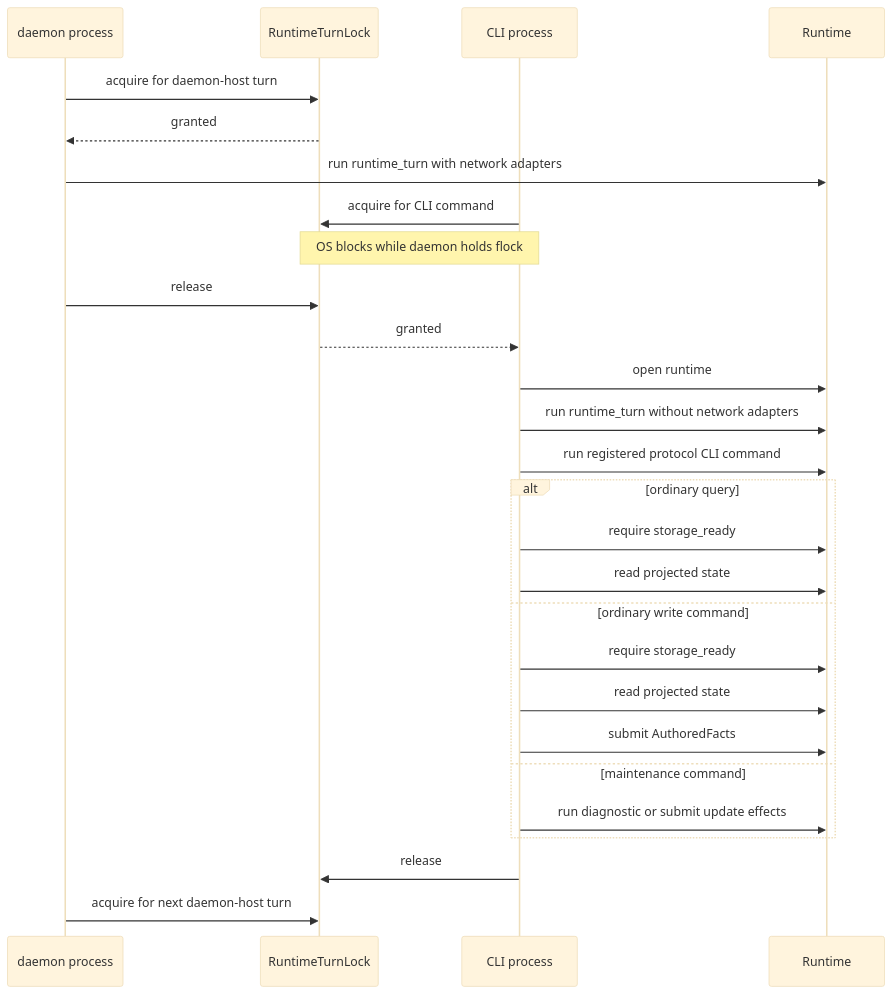
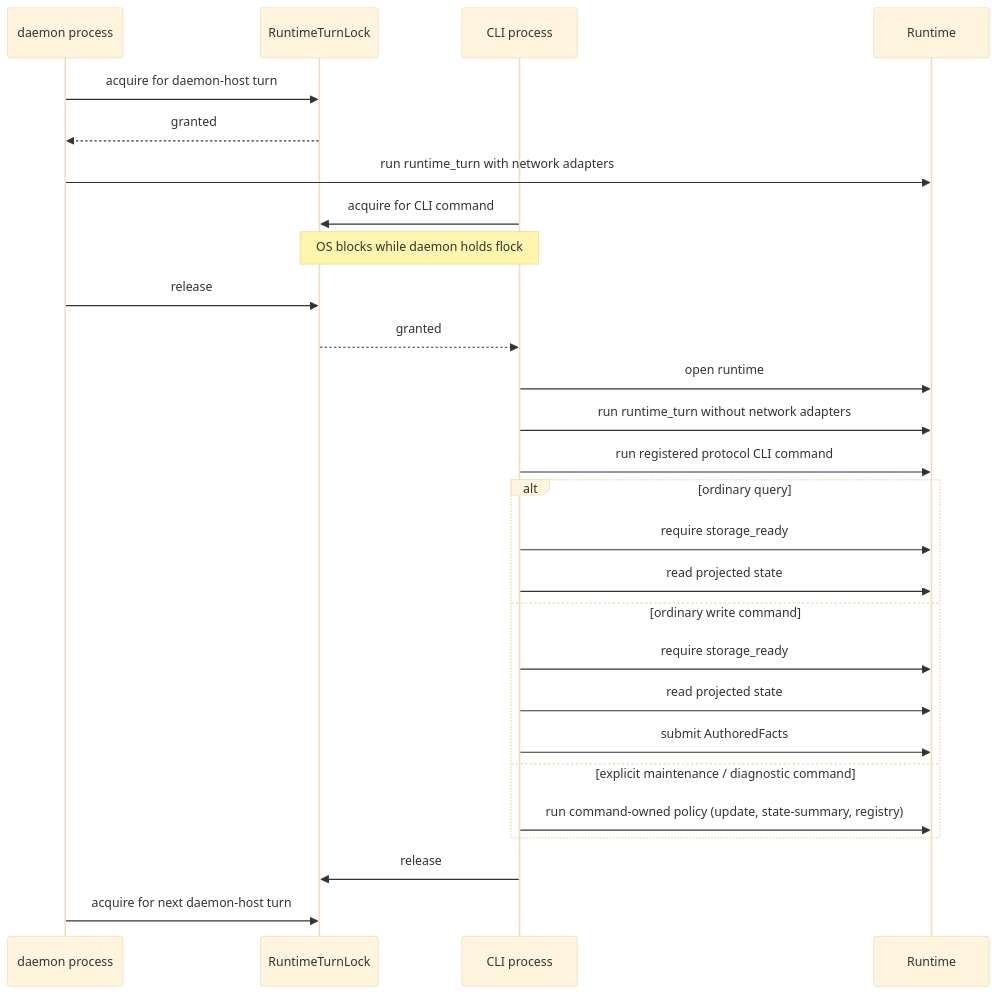
One commit to holmesworcester/poc-10 changed the fifth of 10 diagrams in ARCHITECTURE_DIAGRAMS.md. Above: the diagram before and after it, drawn with Mermaid (base theme). The commit also changed other lines of this file, not shown here.

Commit message:
Clarify serialized runtime turn diagram

````diff
--- a/ARCHITECTURE_DIAGRAMS.md
+++ b/ARCHITECTURE_DIAGRAMS.md
@@ -289,30 +294,30 @@
 ```mermaid
 sequenceDiagram
     participant D as daemon process
     participant L as RuntimeTurnLock
     participant C as CLI process
     participant R as Runtime
 
     D->>L: acquire for daemon-host turn
     L-->>D: granted
     D->>R: run runtime_turn with network adapters
     C->>L: acquire for CLI command
     Note over C,L: OS blocks while daemon holds flock
     D->>L: release
     L-->>C: granted
     C->>R: open runtime
     C->>R: run runtime_turn without network adapters
     C->>R: run registered protocol CLI command
     alt ordinary query
         C->>R: require storage_ready
         C->>R: read projected state
     else ordinary write command
         C->>R: require storage_ready
         C->>R: read projected state
         C->>R: submit AuthoredFacts
-    else maintenance command
-        C->>R: run diagnostic or submit update effects
+    else explicit maintenance / diagnostic command
+        C->>R: run command-owned policy (update, state-summary, registry)
     end
     C->>L: release
     D->>L: acquire for next daemon-host turn
 ```
````
